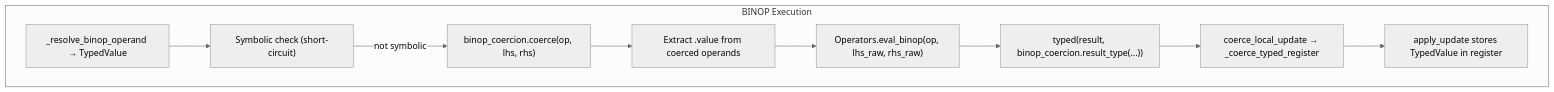
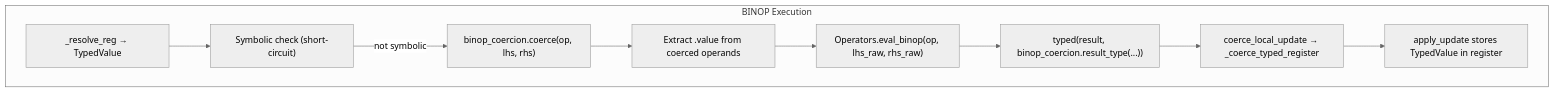
Diagram 11 of 12 in docs/type-system.md (avishek-sen-gupta/red-dragon), drawn with Mermaid (neutral theme) before and after one commit. The commit also changed other lines of this file and 2 other files, not shown here.

First line of the commit message:
refactor: delete redundant _resolve_binop_operand, use _resolve_reg

````diff
--- a/docs/type-system.md
+++ b/docs/type-system.md
@@ -1439,21 +1439,21 @@
 ```mermaid
 flowchart TD
     subgraph BinaryOp["BINOP Execution"]
-        B1["_resolve_binop_operand → TypedValue"]
+        B1["_resolve_reg → TypedValue"]
         B2["Symbolic check (short-circuit)"]
         B3["binop_coercion.coerce(op, lhs, rhs)"]
         B4["Extract .value from coerced operands"]
         B5["Operators.eval_binop(op, lhs_raw, rhs_raw)"]
         B6["typed(result, binop_coercion.result_type(...))"]
         B7["coerce_local_update → _coerce_typed_register"]
         B8["apply_update stores TypedValue in register"]
     end
 
     B1 --> B2
     B2 -->|not symbolic| B3
     B3 --> B4
     B4 --> B5
     B5 --> B6
     B6 --> B7
     B7 --> B8
 ```
````
